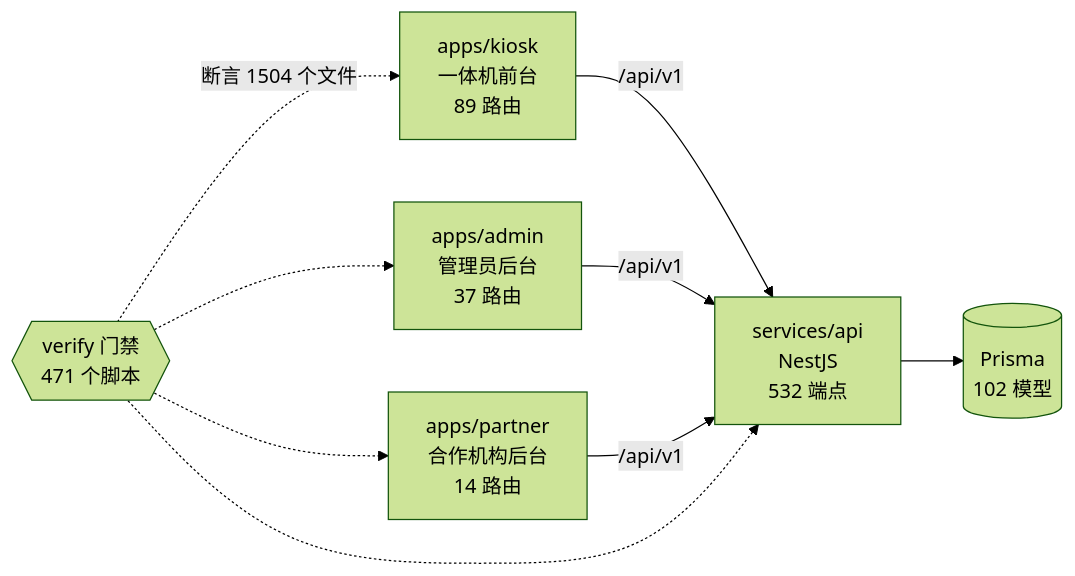
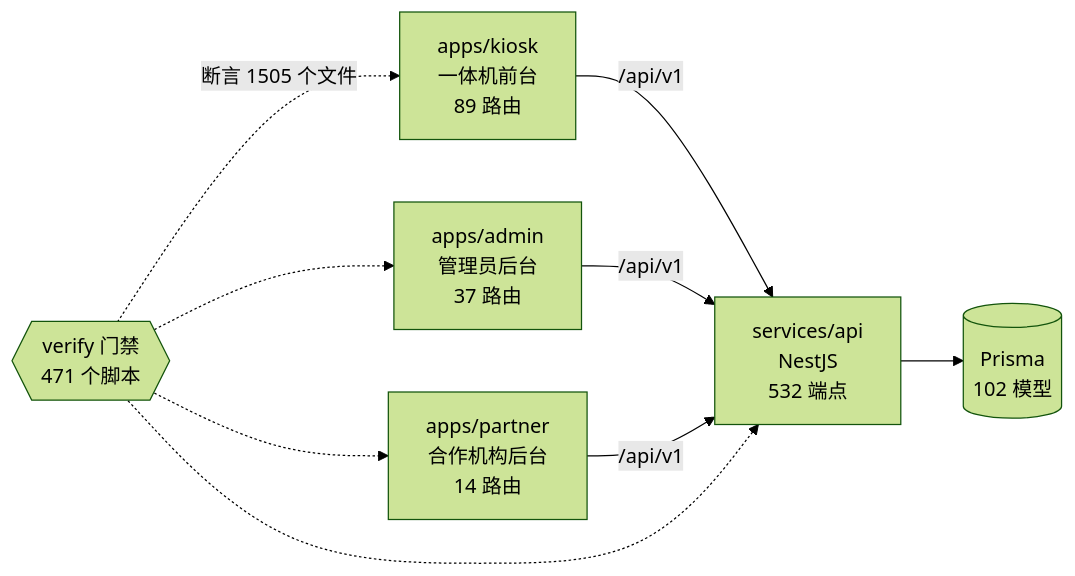
One commit to wanglei581/YITIJI changed the diagram in docs/graph/README.md. Above: the diagram before and after it, drawn with Mermaid (forest theme). The commit also changed other lines of this file and 14 other files, not shown here.

First line of the commit message:
fix(kiosk): 服务台合入前定向修复（死白 / 图标 / 设备播报）

````diff
--- a/docs/graph/README.md
+++ b/docs/graph/README.md
@@ -68,18 +68,18 @@
 ```mermaid
 flowchart LR
   kiosk["apps/kiosk<br/>一体机前台<br/>89 路由"]
   admin["apps/admin<br/>管理员后台<br/>37 路由"]
   partner["apps/partner<br/>合作机构后台<br/>14 路由"]
   api["services/api<br/>NestJS<br/>532 端点"]
   db[("Prisma<br/>102 模型")]
   gates{{"verify 门禁<br/>471 个脚本"}}
 
   kiosk -->|"/api/v1"| api
   admin -->|"/api/v1"| api
   partner -->|"/api/v1"| api
   api --> db
-  gates -.->|"断言 1504 个文件"| kiosk
+  gates -.->|"断言 1505 个文件"| kiosk
   gates -.-> admin
   gates -.-> partner
   gates -.-> api
 ```
````
